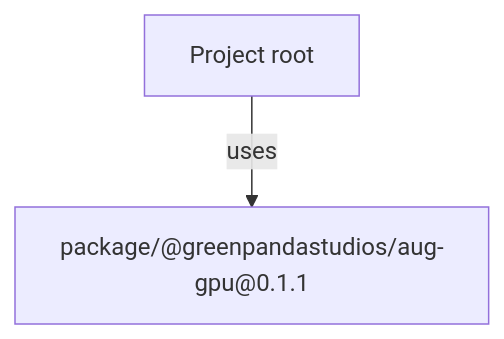
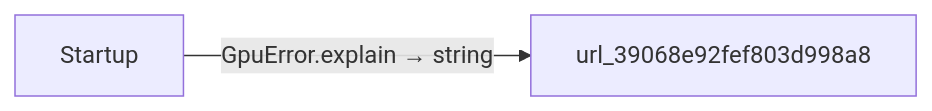
The third of 3 diagrams in docs/examples/native-gpu/diagrams/index.md (GreenPandaStudios/augscript), drawn with Mermaid before and after one commit. The commit also changed other lines of this file and 524 other files, not shown here.

Commit message:
Explain checked data flow at folder and service levels

````diff
--- a/docs/examples/native-gpu/diagrams/index.md
+++ b/docs/examples/native-gpu/diagrams/index.md
@@ -21,6 +41,6 @@
 ```mermaid
-flowchart TD
-    n0["Project root"]
-    n1["package/@greenpandastudios/aug-gpu@0.1.1"]
-    n0 -->|"uses"| n1
+flowchart LR
+    n0["Startup"]
+    n1["url_39068e92fef803d998a8"]
+    n0 -->|"GpuError.explain → string"| n1
 ```
````
